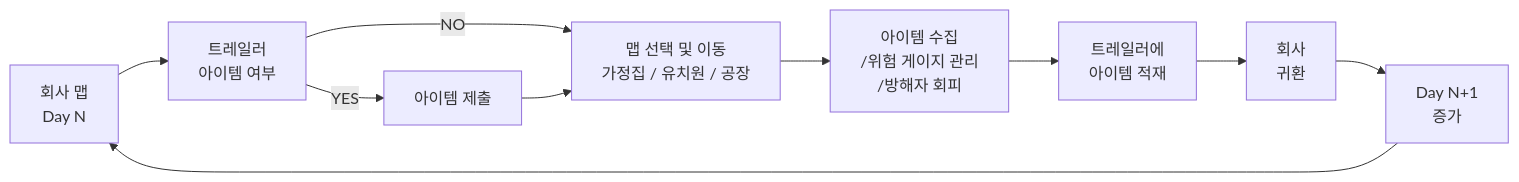
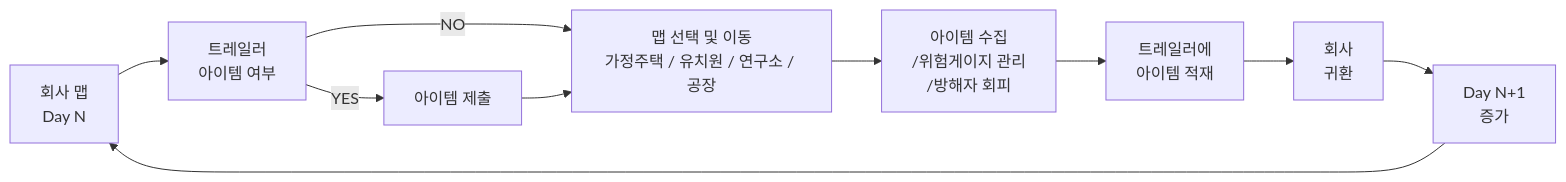
The first of 3 diagrams in README.md (bell-ha/delrev-game), drawn with Mermaid before and after one commit. The commit also changed other lines of this file and 12 other files, not shown here.

````diff
--- a/README.md
+++ b/README.md
@@ -98,12 +83,12 @@
 ```mermaid
 flowchart LR
     A["회사 맵<br/>Day N"] --> B["트레일러<br/>아이템 여부"]
     B -->|YES| C["아이템 제출"]
-    B -->|NO| D["맵 선택 및 이동<br/>가정집 / 유치원 / 공장"]
+    B -->|NO| D["맵 선택 및 이동<br/>가정주택 / 유치원 / 연구소 / 공장"]
     C --> D
-    D --> E["아이템 수집<br/>/위험 게이지 관리<br/>/방해자 회피"]
+    D --> E["아이템 수집<br/>/위험게이지 관리<br/>/방해자 회피"]
     E --> F["트레일러에<br/>아이템 적재"]
     F --> G["회사<br/>귀환"]
     G --> H["Day N+1 <br/>증가"]
     H --> A
 ```
````
